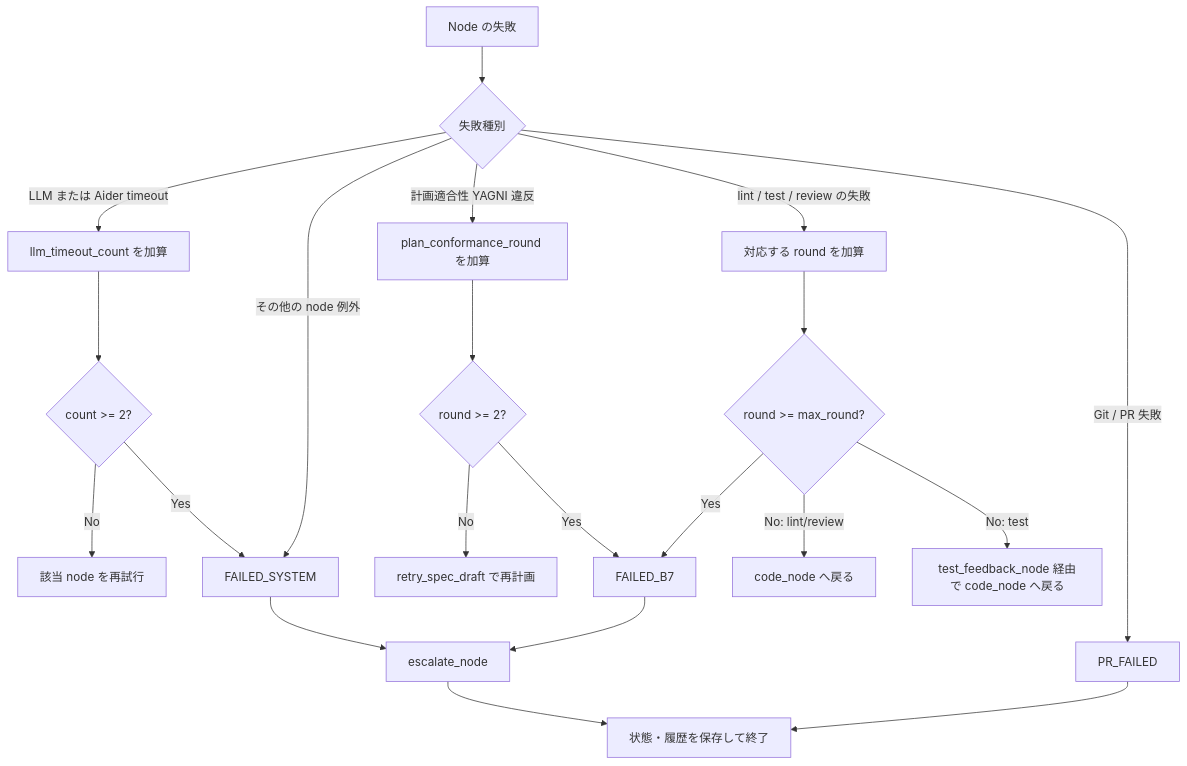
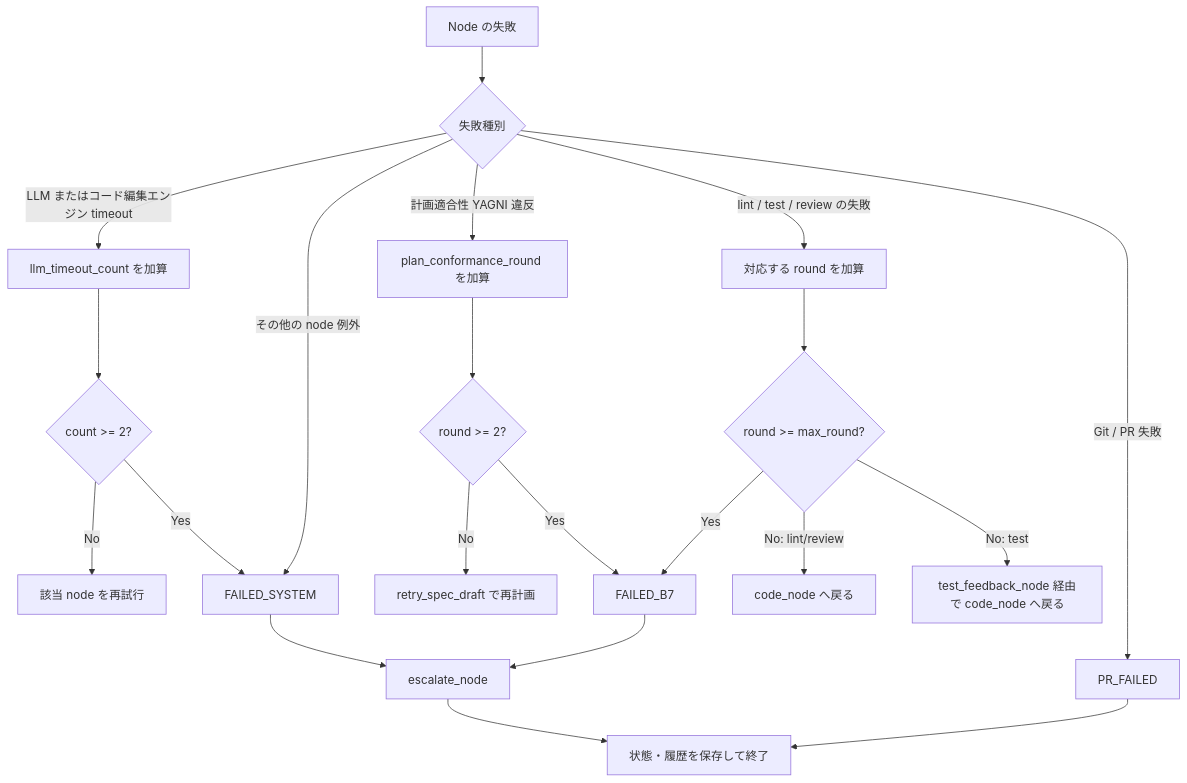
One commit to xzyozi/second-brain-graph changed the third of 3 diagrams in docs/design/SBOS-DD-003_詳細設計書.md. Above: the diagram before and after it, drawn with Mermaid. The commit also changed other lines of this file and 154 other files, not shown here.

````diff
--- a/docs/design/SBOS-DD-003_詳細設計書.md
+++ b/docs/design/SBOS-DD-003_詳細設計書.md
@@ -173,23 +209,23 @@
 ```mermaid
 flowchart TD
     Start[Node の失敗] --> Type{失敗種別}
-    Type -->|LLM または Aider timeout| Timeout[llm_timeout_count を加算]
+    Type -->|LLM またはコード編集エンジン timeout| Timeout[llm_timeout_count を加算]
     Timeout --> Limit{count >= 2?}
     Limit -->|No| RetryLLM[該当 node を再試行]
     Limit -->|Yes| System[FAILED_SYSTEM]
     Type -->|計画適合性 YAGNI 違反| PlanRound[plan_conformance_round を加算]
     PlanRound --> PlanLimit{round >= 2?}
     PlanLimit -->|No| RetrySpec[retry_spec_draft で再計画]
     PlanLimit -->|Yes| B7
     Type -->|lint / test / review の失敗| Round[対応する round を加算]
     Round --> RoundLimit{round >= max_round?}
     RoundLimit -->|No: lint/review| Code[code_node へ戻る]
     RoundLimit -->|No: test| Feedback[test_feedback_node 経由で code_node へ戻る]
     RoundLimit -->|Yes| B7[FAILED_B7]
     Type -->|その他の node 例外| System
     Type -->|Git / PR 失敗| PRFail[PR_FAILED]
     System --> Escalate[escalate_node]
     B7 --> Escalate
     Escalate --> Persist[状態・履歴を保存して終了]
     PRFail --> Persist
 ```
````
